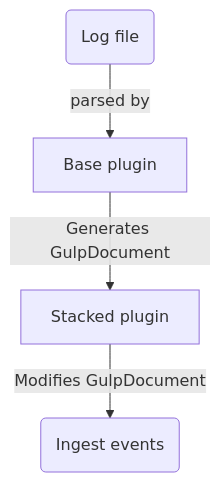
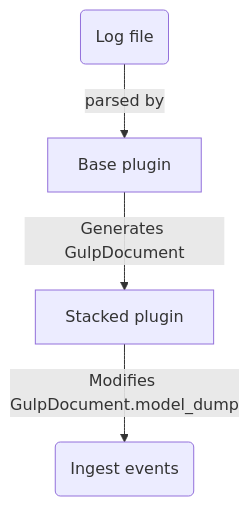
The diagram in docs/Creating Plugins.md (mentat-is/gulp), drawn with Mermaid before and after one commit. The commit also changed other lines of this file and 37 other files, not shown here.

````diff
--- a/docs/Creating Plugins.md
+++ b/docs/Creating Plugins.md
@@ -154,6 +241,6 @@
 ```mermaid
 flowchart TD
     A(Log file) -->|parsed by| B[Base plugin]
     B --> |Generates GulpDocument| C[Stacked plugin]
-    C --> |Modifies GulpDocument| D(Ingest events)
+    C --> |Modifies GulpDocument.model_dump| D(Ingest events)
 ```
````
